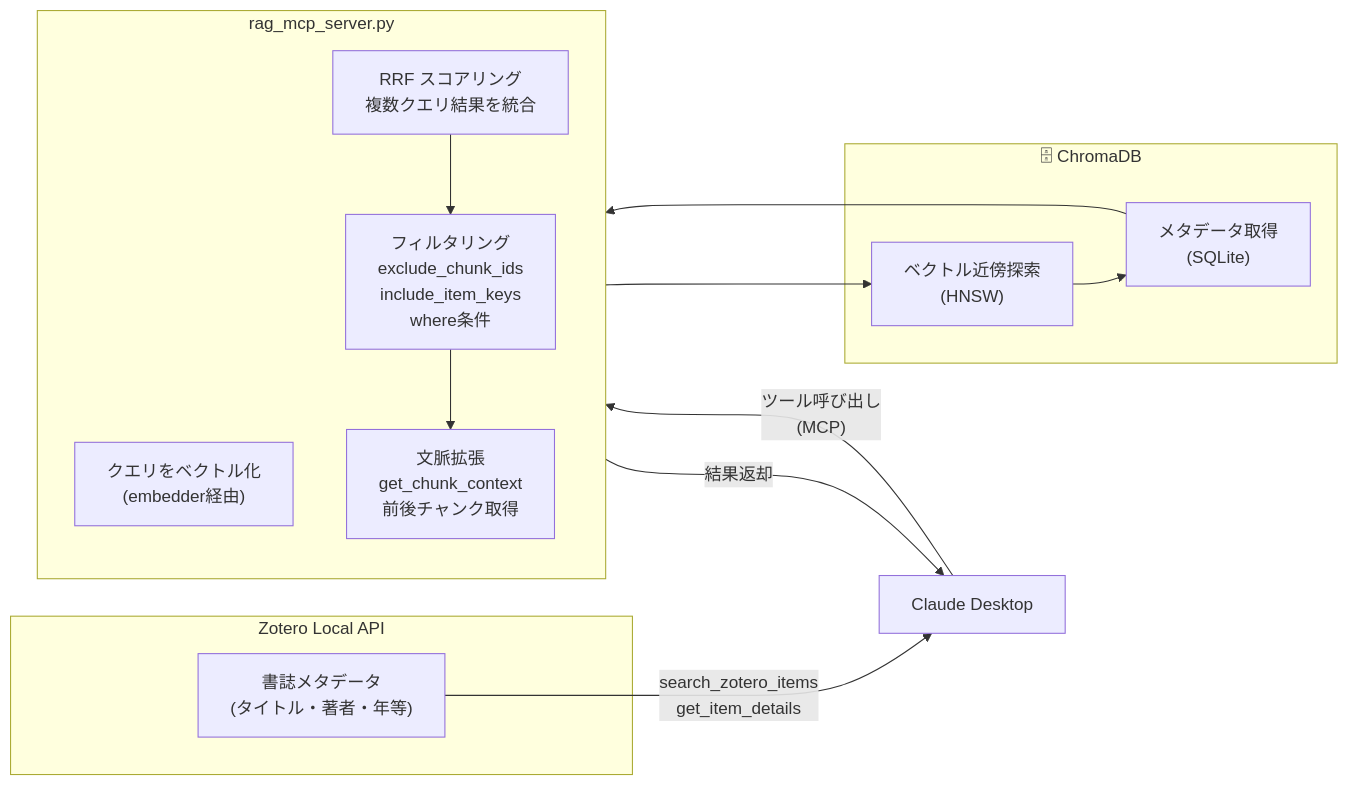
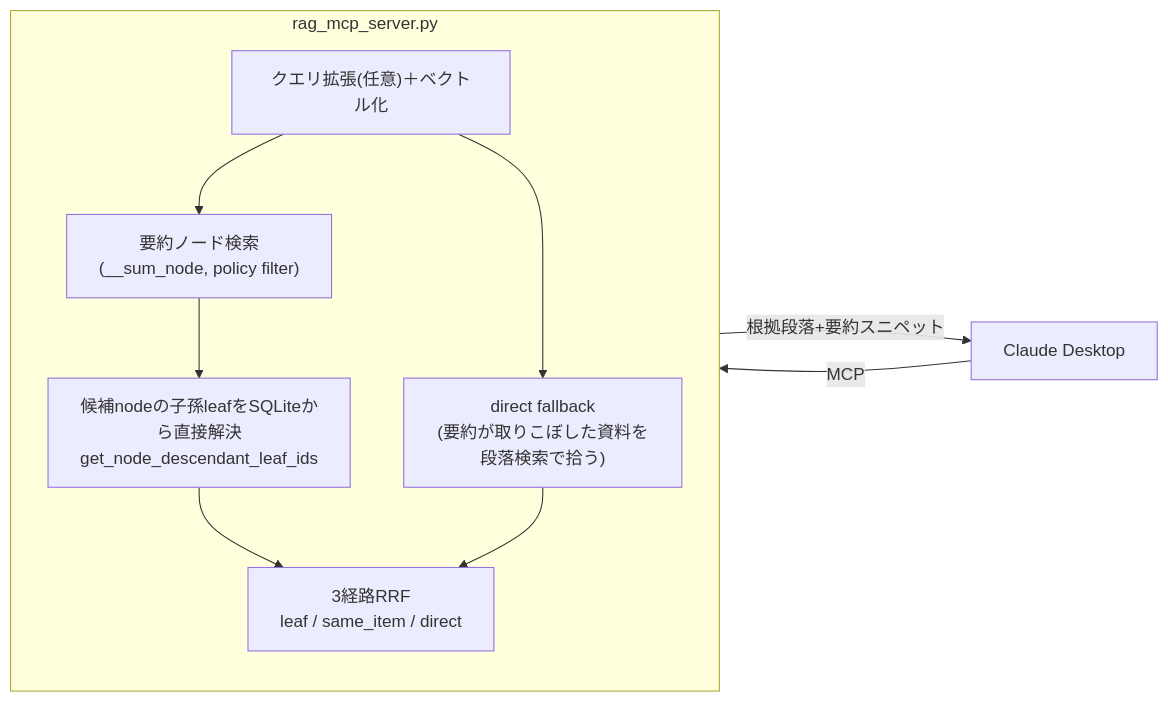
The fifth of 6 diagrams in docs/architecture.md (knagata/zotero-local-rag), drawn with Mermaid before and after one commit. The commit also changed other lines of this file and 199 other files, not shown here.

````diff
--- a/docs/architecture.md
+++ b/docs/architecture.md
@@ -134,30 +279,15 @@
 ```mermaid
 flowchart LR
-  CLD["Claude Desktop"] -- "ツール呼び出し\n(MCP)" --> MCP2
-
-  subgraph MCP2["rag_mcp_server.py"]
+  CLD["Claude Desktop"] -- "MCP" --> HS
+  subgraph HS["rag_mcp_server.py"]
     direction TB
-    QE["クエリをベクトル化\n(embedder経由)"]
-    RRF["RRF スコアリング\n複数クエリ結果を統合"]
-    FILT["フィルタリング\nexclude_chunk_ids\ninclude_item_keys\nwhere条件"]
-    CTX["文脈拡張\nget_chunk_context\n前後チャンク取得"]
+    QE["クエリ拡張(任意)＋ベクトル化"]
+    SUMR["要約ノード検索\n(__sum_node, policy filter)"]
+    LEAF["候補nodeの子孫leafをSQLiteから直接解決\nget_node_descendant_leaf_ids"]
+    RRF["3経路RRF\nleaf / same_item / direct"]
+    DIRECT["direct fallback\n(要約が取りこぼした資料を段落検索で拾う)"]
   end
-
-  subgraph CHROMA3["🗄 ChromaDB"]
-    VEC["ベクトル近傍探索\n(HNSW)"]
-    META["メタデータ取得\n(SQLite)"]
-  end
-
-  subgraph ZAPI2["Zotero Local API"]
-    BMETA["書誌メタデータ\n(タイトル・著者・年等)"]
-  end
-
-  QE --> VEC
-  VEC --> META
-  META --> RRF
-  RRF --> FILT
-  FILT --> CTX
-  CTX -- "結果返却" --> CLD
-
-  BMETA -- "search_zotero_items\nget_item_details" --> CLD
+  QE --> SUMR --> LEAF --> RRF
+  QE --> DIRECT --> RRF
+  RRF -- "根拠段落+要約スニペット" --> CLD
 ```
````
